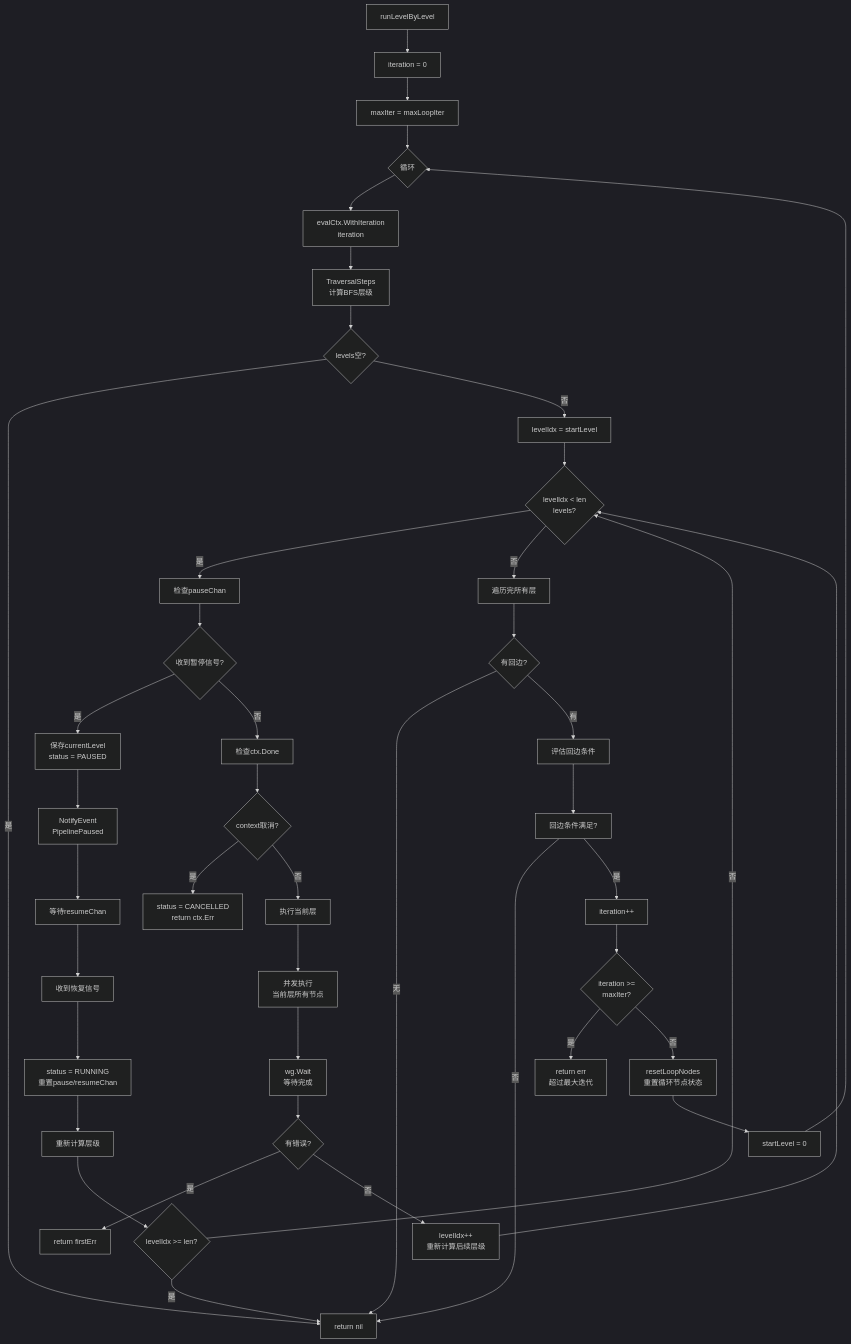
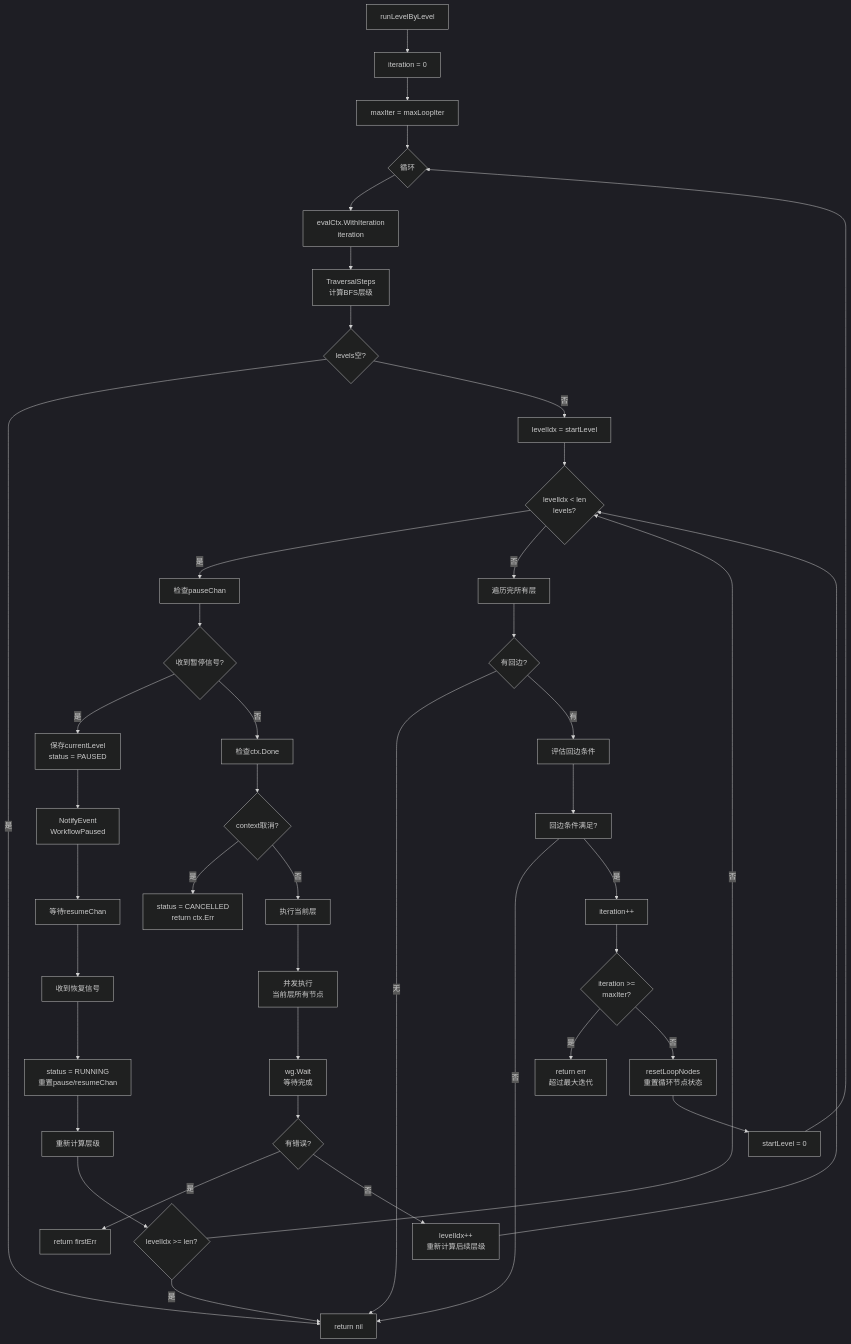
The fourth of 15 diagrams in dag/FLOWS.md (LerkoX/flowx), drawn with Mermaid (dark theme) before and after one commit. The commit also changed other lines of this file and 99 other files, not shown here.

First line of the commit message:
refactor: Pipeline 统一更名为 Workflow

````diff
--- a/dag/FLOWS.md
+++ b/dag/FLOWS.md
@@ -75,53 +75,53 @@
 ```mermaid
 flowchart TD
     A[runLevelByLevel] --> B[iteration = 0]
     B --> C[maxIter = maxLoopIter]
     C --> D{循环}
     D --> E[evalCtx.WithIteration<br/>iteration]
     E --> F[TraversalSteps<br/>计算BFS层级]
 
     F --> G{levels空?}
     G -->|是| Z[return nil]
     G -->|否| H[levelIdx = startLevel]
 
     H --> I{levelIdx < len<br/>levels?}
     I -->|是| J[检查pauseChan]
     J --> K{收到暂停信号?}
     K -->|是| L[保存currentLevel<br/>status = PAUSED]
-    L --> M[NotifyEvent<br/>PipelinePaused]
+    L --> M[NotifyEvent<br/>WorkflowPaused]
     M --> N[等待resumeChan]
 
     N --> O[收到恢复信号]
     O --> P[status = RUNNING<br/>重置pause/resumeChan]
     P --> Q[重新计算层级]
     Q --> R{levelIdx >= len?}
     R -->|是| Z
     R -->|否| I
 
     K -->|否| S[检查ctx.Done]
     S --> T{context取消?}
     T -->|是| U[status = CANCELLED<br/>return ctx.Err]
     T -->|否| V[执行当前层]
 
     V --> W[并发执行<br/>当前层所有节点]
     W --> X[wg.Wait<br/>等待完成]
     X --> Y{有错误?}
     Y -->|是| AA[return firstErr]
     Y -->|否| AB[levelIdx++<br/>重新计算后续层级]
 
     AB --> I
 
     I -->|否| AC[遍历完所有层]
     AC --> AD{有回边?}
     AD -->|无| Z
     AD -->|有| AE[评估回边条件]
 
     AE --> AF[回边条件满足?]
     AF -->|否| Z
     AF -->|是| AG[iteration++]
     AG --> AH{iteration >=<br/>maxIter?}
     AH -->|是| AI[return err<br/>超过最大迭代]
     AH -->|否| AJ[resetLoopNodes<br/>重置循环节点状态]
     AJ --> AK[startLevel = 0]
     AK --> D
 ```
````
